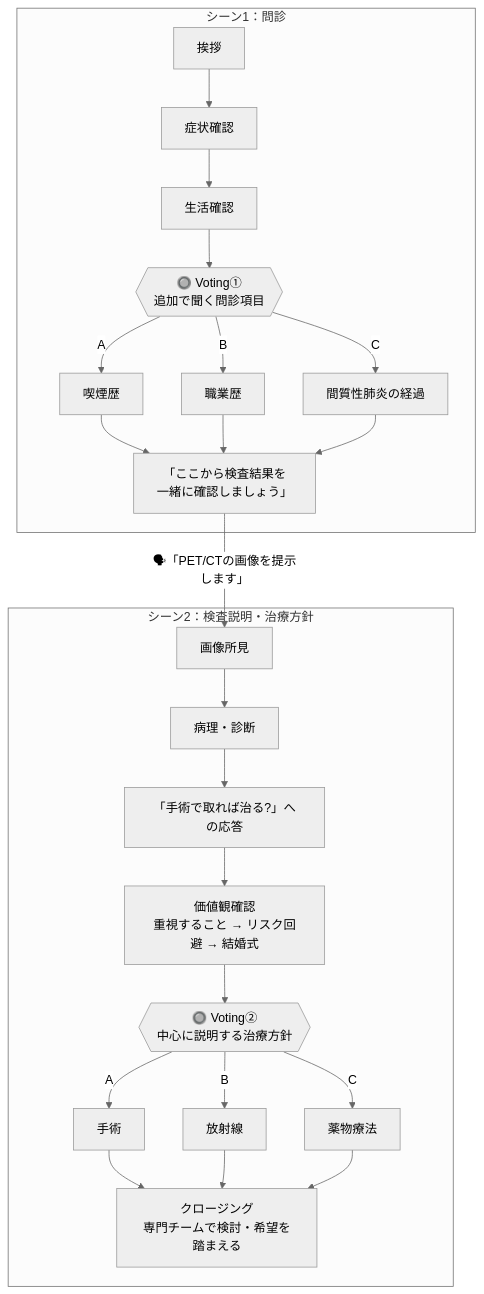
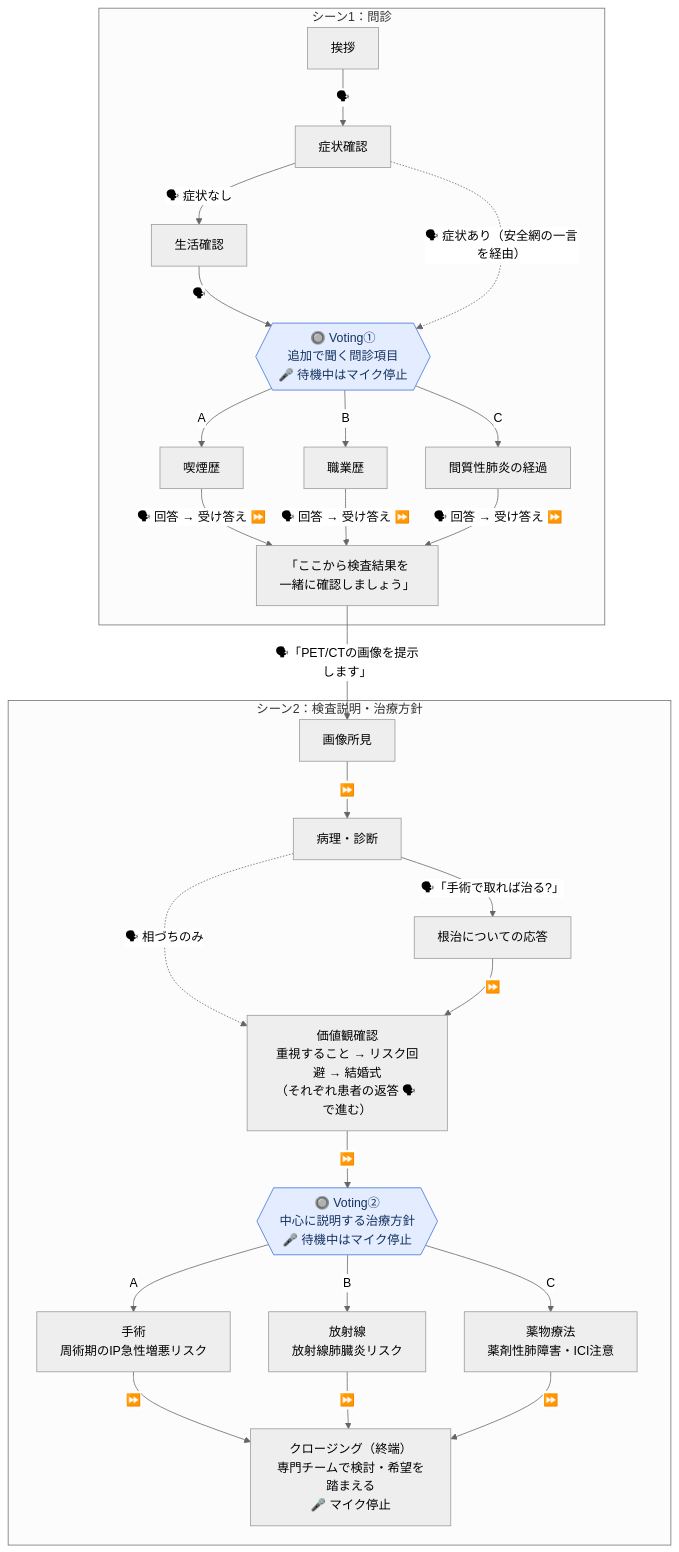
Before and after one commit to Kohei-Arita/yamamoto-avatar-scenario: the first of 3 diagrams in README.md, drawn with Mermaid (neutral theme). The commit also changed other lines of this file and 2 other files, not shown here.

````diff
--- a/README.md
+++ b/README.md
@@ -32,21 +32,26 @@
 ```mermaid
 flowchart TD
+  classDef vote fill:#e3edff,stroke:#3b6fd8,color:#15315f
   subgraph S1["シーン1：問診"]
-    A[挨拶] --> B[症状確認] --> C[生活確認]
-    C --> V1{{"🔘 Voting①<br/>追加で聞く問診項目"}}
+    A[挨拶] -->|🗣| B[症状確認]
+    B -->|"🗣 症状なし"| C[生活確認]
+    C -->|🗣| V1{{"🔘 Voting①<br/>追加で聞く問診項目<br/>🎤 待機中はマイク停止"}}:::vote
+    B -.->|"🗣 症状あり（安全網の一言を経由）"| V1
     V1 -->|A| Q1[喫煙歴]
     V1 -->|B| Q2[職業歴]
     V1 -->|C| Q3[間質性肺炎の経過]
-    Q1 & Q2 & Q3 --> D["「ここから検査結果を<br/>一緒に確認しましょう」"]
+    Q1 & Q2 & Q3 -->|"🗣 回答 → 受け答え ⏩"| D["「ここから検査結果を<br/>一緒に確認しましょう」"]
   end
   D -->|"🗣「PET/CTの画像を提示します」"| E
   subgraph S2["シーン2：検査説明・治療方針"]
-    E[画像所見] --> F[病理・診断] --> G["「手術で取れば治る?」への応答"]
-    G --> H["価値観確認<br/>重視すること → リスク回避 → 結婚式"]
-    H --> V2{{"🔘 Voting②<br/>中心に説明する治療方針"}}
-    V2 -->|A| T1[手術]
-    V2 -->|B| T2[放射線]
-    V2 -->|C| T3[薬物療法]
-    T1 & T2 & T3 --> Z["クロージング<br/>専門チームで検討・希望を踏まえる"]
+    E[画像所見] -->|⏩| F[病理・診断]
+    F -->|"🗣「手術で取れば治る?」"| G["根治についての応答"]
+    F -.->|"🗣 相づちのみ"| H
+    G -->|⏩| H["価値観確認<br/>重視すること → リスク回避 → 結婚式<br/>（それぞれ患者の返答 🗣 で進む）"]
+    H -->|⏩| V2{{"🔘 Voting②<br/>中心に説明する治療方針<br/>🎤 待機中はマイク停止"}}:::vote
+    V2 -->|A| T1["手術<br/>周術期のIP急性増悪リスク"]
+    V2 -->|B| T2["放射線<br/>放射線肺臓炎リスク"]
+    V2 -->|C| T3["薬物療法<br/>薬剤性肺障害・ICI注意"]
+    T1 & T2 & T3 -->|⏩| Z["クロージング（終端）<br/>専門チームで検討・希望を踏まえる<br/>🎤 マイク停止"]
   end
 ```
````
